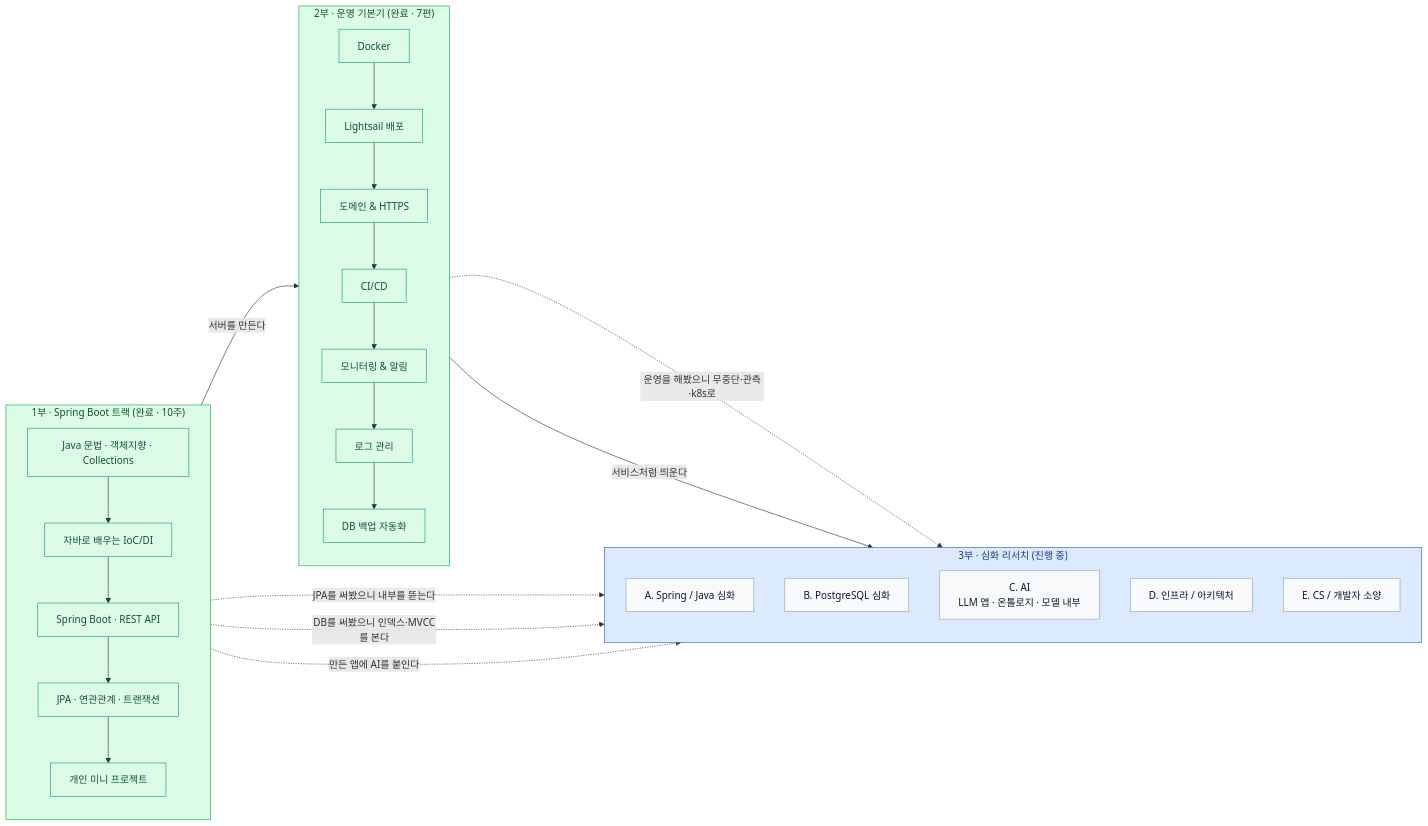
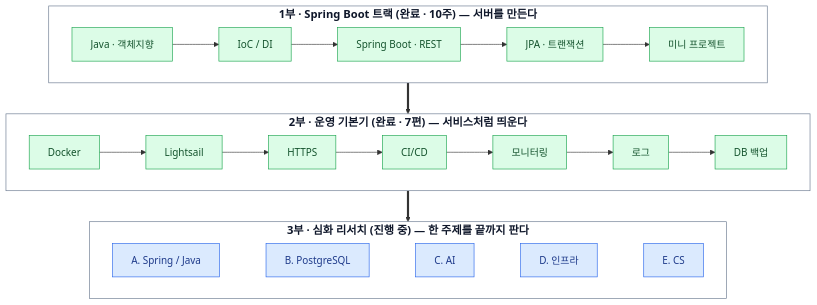
One commit to mju-likelion/backend-deep-dive changed the diagram in README.md. Above: the diagram before and after it, drawn with Mermaid.

Commit message:
Make README map diagram larger: stack parts vertically

````diff
--- a/README.md
+++ b/README.md
@@ -11,52 +11,27 @@
 ```mermaid
-flowchart LR
-    classDef done fill:#dcfce7,stroke:#16a34a,color:#14532d
-    classDef now  fill:#dbeafe,stroke:#2563eb,color:#1e3a8a
-    classDef topic fill:#f8fafc,stroke:#94a3b8,color:#0f172a
+flowchart TB
+    classDef done fill:#dcfce7,stroke:#16a34a,color:#14532d,font-size:16px
+    classDef now  fill:#dbeafe,stroke:#2563eb,color:#1e3a8a,font-size:16px
+    classDef part fill:#ffffff,stroke:#64748b,color:#0f172a,font-size:18px,font-weight:bold
 
-    subgraph P1["1부 · Spring Boot 트랙 (완료 · 10주)"]
-        direction TB
-        J["Java 문법 · 객체지향 · Collections"] --> DI["자바로 배우는 IoC/DI"]
-        DI --> SB["Spring Boot · REST API"]
-        SB --> JPA["JPA · 연관관계 · 트랜잭션"]
-        JPA --> MP["개인 미니 프로젝트"]
+    subgraph P1["1부 · Spring Boot 트랙 (완료 · 10주) — 서버를 만든다"]
+        direction LR
+        J["Java · 객체지향"] --> DI["IoC / DI"] --> SB["Spring Boot · REST"] --> JPA["JPA · 트랜잭션"] --> MP["미니 프로젝트"]
     end
 
-    subgraph P2["2부 · 운영 기본기 (완료 · 7편)"]
-        direction TB
-        D["Docker"] --> L["Lightsail 배포"]
-        L --> H["도메인 & HTTPS"]
-        H --> CI["CI/CD"]
-        CI --> M["모니터링 & 알림"]
-        M --> LG["로그 관리"]
-        LG --> BK["DB 백업 자동화"]
+    subgraph P2["2부 · 운영 기본기 (완료 · 7편) — 서비스처럼 띄운다"]
+        direction LR
+        D["Docker"] --> L["Lightsail"] --> H["HTTPS"] --> CI["CI/CD"] --> M["모니터링"] --> LG["로그"] --> BK["DB 백업"]
     end
 
-    subgraph P3["3부 · 심화 리서치 (진행 중)"]
-        direction TB
-        A["A. Spring / Java 심화"]
-        B["B. PostgreSQL 심화"]
-        C["C. AI<br/>LLM 앱 · 온톨로지 · 모델 내부"]
-        DD["D. 인프라 / 아키텍처"]
-        E["E. CS / 개발자 소양"]
+    subgraph P3["3부 · 심화 리서치 (진행 중) — 한 주제를 끝까지 판다"]
+        direction LR
+        A["A. Spring / Java"] ~~~ B["B. PostgreSQL"] ~~~ C["C. AI"] ~~~ DD["D. 인프라"] ~~~ E["E. CS"]
     end
 
-    P1 -- "서버를 만든다" --> P2
-    P2 -- "서비스처럼 띄운다" --> P3
+    P1 ==> P2 ==> P3
 
-    MP -. "JPA를 써봤으니 내부를 뜯는다" .-> A
-    JPA -. "DB를 써봤으니 인덱스·MVCC를 본다" .-> B
-    BK -. "운영을 해봤으니 무중단·관측·k8s로" .-> DD
-    MP -. "만든 앱에 AI를 붙인다" .-> C
-
-    class P1,J,DI,SB,JPA,MP done
-    class P2,D,L,H,CI,M,LG,BK done
-    class P3 now
-    class A,B,C,DD,E topic
-
-    click A "./research/RESEARCH_TOPICS.md#a-spring--java-심화"
-    click B "./research/RESEARCH_TOPICS.md#b-postgresql-심화"
-    click C "./research/RESEARCH_TOPICS.md#c-ai"
-    click DD "./research/RESEARCH_TOPICS.md#d-인프라--아키텍처"
-    click E "./research/RESEARCH_TOPICS.md#e-cs--개발자-소양"
+    class P1,P2,P3 part
+    class J,DI,SB,JPA,MP,D,L,H,CI,M,LG,BK done
+    class A,B,C,DD,E now
 ```
````
